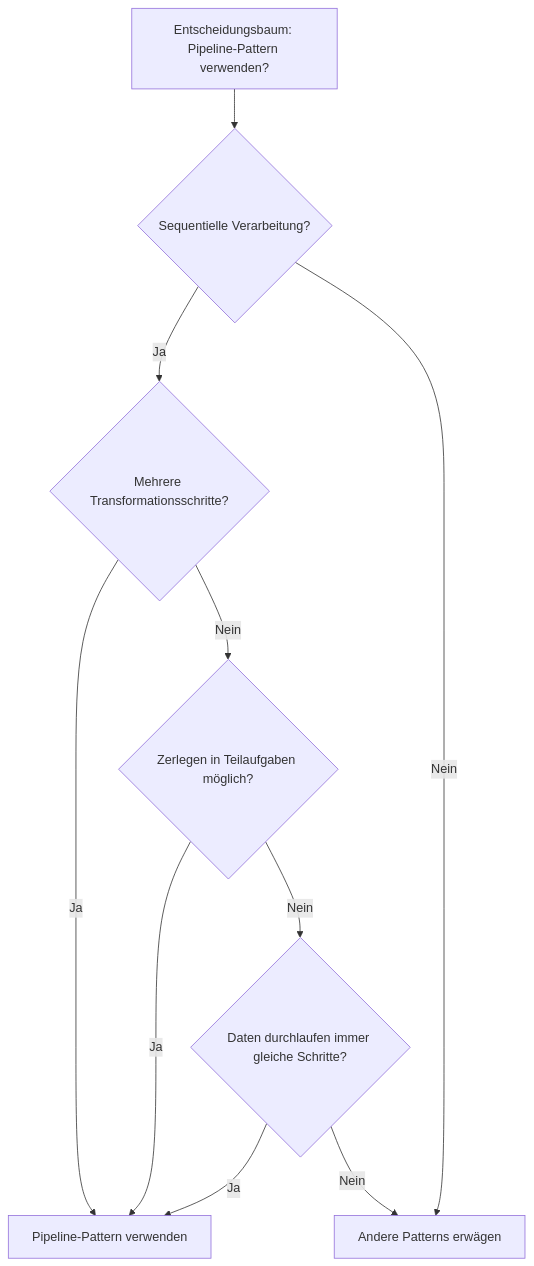
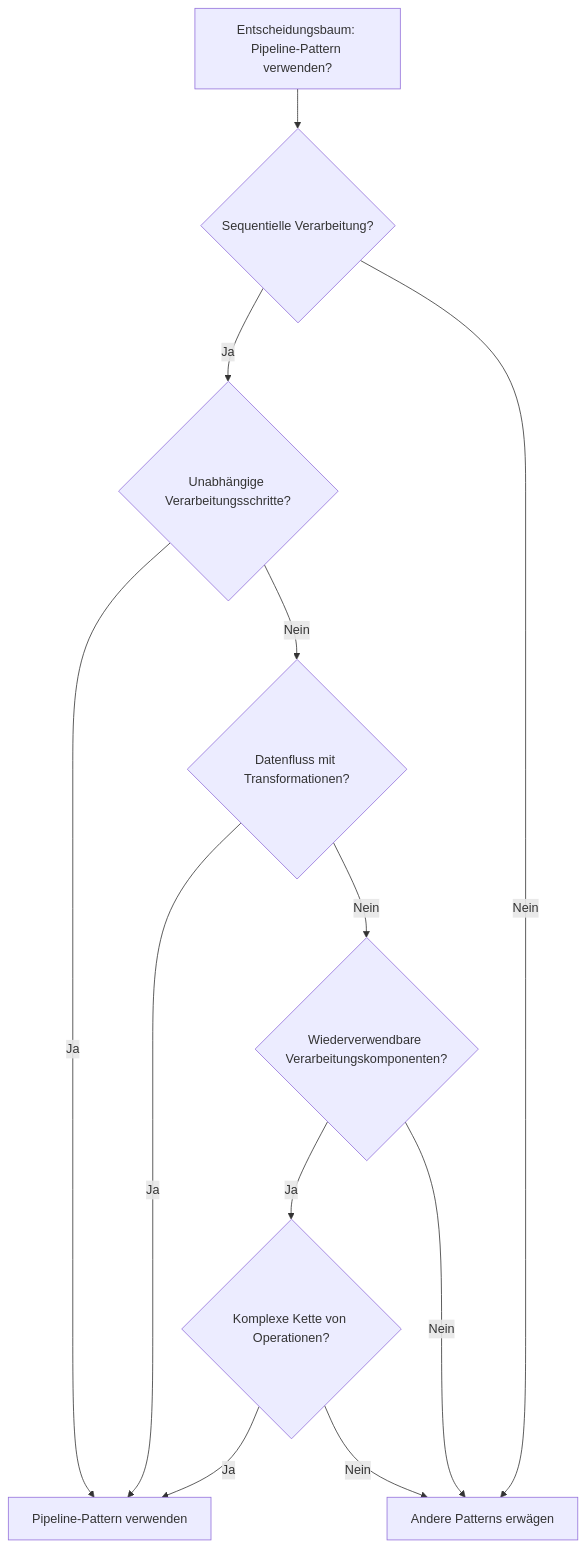
The first of 13 diagrams in Pipeline/docs/IMPLEMENTATION_GUIDE.md (scimbe/VS_Pattern_By_KI), drawn with Mermaid before and after one commit. The commit also changed other lines of this file and 19 other files, not shown here.

````diff
--- a/Pipeline/docs/IMPLEMENTATION_GUIDE.md
+++ b/Pipeline/docs/IMPLEMENTATION_GUIDE.md
@@ -18,15 +18,18 @@
 ```mermaid
 graph TD
     A[Entscheidungsbaum: Pipeline-Pattern verwenden?] --> B{Sequentielle Verarbeitung?}
-    B -->|Ja| C{Mehrere Transformationsschritte?}
+    B -->|Ja| C{Unabhängige Verarbeitungsschritte?}
     B -->|Nein| D[Andere Patterns erwägen]
     
     C -->|Ja| E[Pipeline-Pattern verwenden]
-    C -->|Nein| F{Zerlegen in Teilaufgaben möglich?}
+    C -->|Nein| F{Datenfluss mit Transformationen?}
     
     F -->|Ja| E
-    F -->|Nein| G{Daten durchlaufen immer gleiche Schritte?}
+    F -->|Nein| G{Wiederverwendbare Verarbeitungskomponenten?}
     
-    G -->|Ja| E
+    G -->|Ja| H{Komplexe Kette von Operationen?}
     G -->|Nein| D
+    
+    H -->|Ja| E
+    H -->|Nein| D
 ```
````
